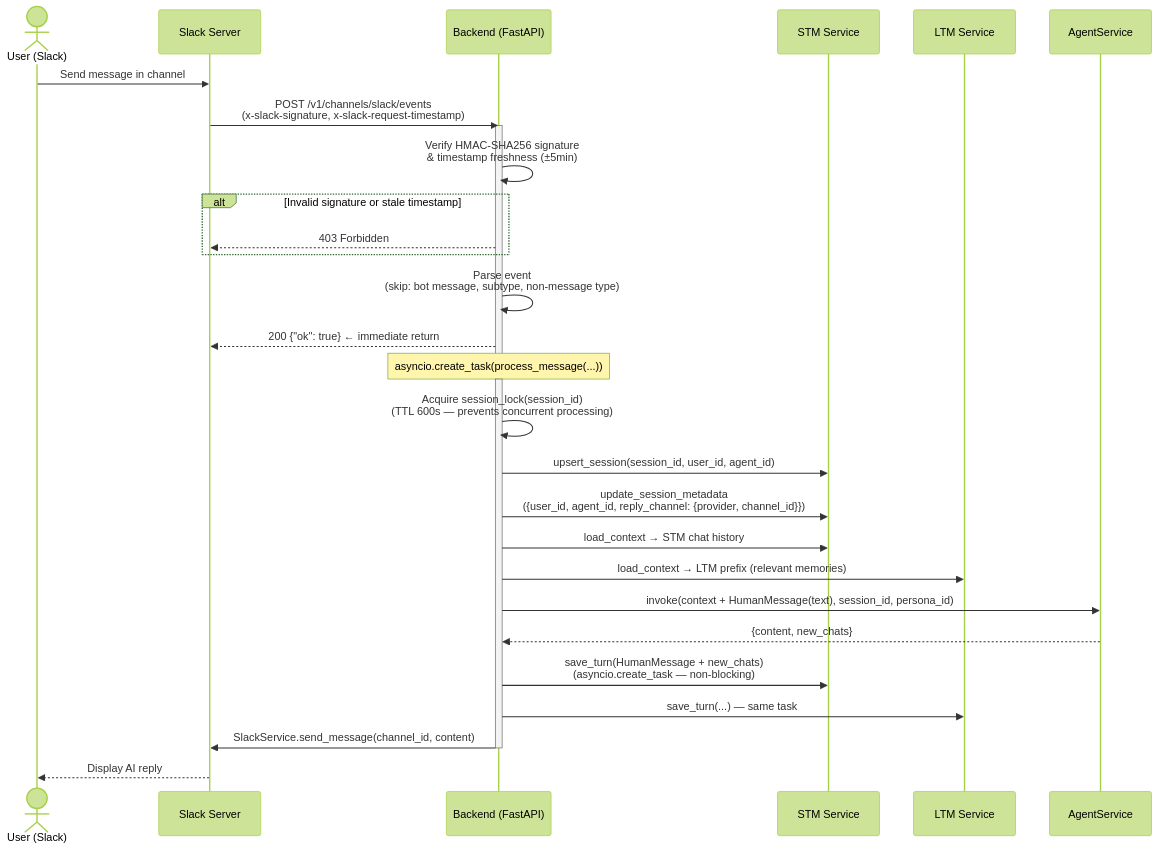
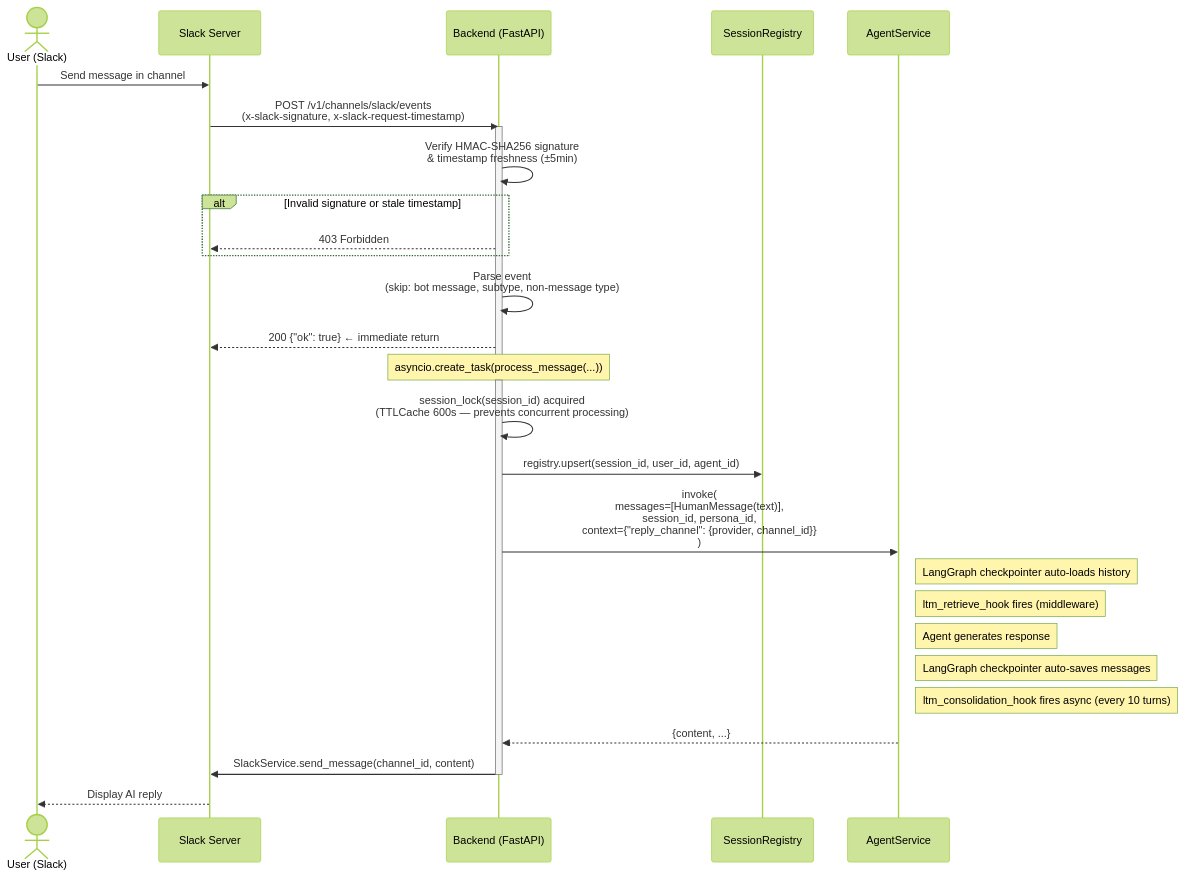
Before and after one commit to yw0nam/DesktopMatePlusdocs: the first of 3 diagrams in docs/data_flow/channel/SLACK_MESSAGE.md, drawn with Mermaid (forest theme). The commit also changed other lines of this file and 15 other files, not shown here.

First line of the commit message:
feat: Add LTM Middleware documentation and update SLACK_MESSAGE, ADD_CHAT_MESSAGE, and STARTUP_FLOW documentation

````diff
--- a/docs/data_flow/channel/SLACK_MESSAGE.md
+++ b/docs/data_flow/channel/SLACK_MESSAGE.md
@@ -18,43 +23,43 @@
 ```mermaid
 sequenceDiagram
     actor User as User (Slack)
     participant Slack as Slack Server
     participant BE as Backend (FastAPI)
-    participant STM as STM Service
-    participant LTM as LTM Service
+    participant SR as SessionRegistry
     participant Agent as AgentService
 
     User->>Slack: Send message in channel
     Slack->>BE: POST /v1/channels/slack/events<br/>(x-slack-signature, x-slack-request-timestamp)
 
     activate BE
     BE->>BE: Verify HMAC-SHA256 signature<br/>& timestamp freshness (±5min)
 
     alt Invalid signature or stale timestamp
         BE-->>Slack: 403 Forbidden
     end
 
     BE->>BE: Parse event<br/>(skip: bot message, subtype, non-message type)
     BE-->>Slack: 200 {"ok": true}  ← immediate return
 
     Note over BE: asyncio.create_task(process_message(...))
     deactivate BE
 
     activate BE
-    BE->>BE: Acquire session_lock(session_id)<br/>(TTL 600s — prevents concurrent processing)
-    BE->>STM: upsert_session(session_id, user_id, agent_id)
-    BE->>STM: update_session_metadata<br/>({user_id, agent_id, reply_channel: {provider, channel_id}})
-    BE->>STM: load_context → STM chat history
-    BE->>LTM: load_context → LTM prefix (relevant memories)
+    BE->>BE: session_lock(session_id) acquired<br/>(TTLCache 600s — prevents concurrent processing)
+    BE->>SR: registry.upsert(session_id, user_id, agent_id)
 
-    BE->>Agent: invoke(context + HumanMessage(text), session_id, persona_id)
-    Agent-->>BE: {content, new_chats}
+    BE->>Agent: invoke(<br/>  messages=[HumanMessage(text)],<br/>  session_id, persona_id,<br/>  context={"reply_channel": {provider, channel_id}}<br/>)
 
-    BE->>STM: save_turn(HumanMessage + new_chats)<br/>(asyncio.create_task — non-blocking)
-    BE->>LTM: save_turn(...) — same task
+    Note right of Agent: LangGraph checkpointer auto-loads history
+    Note right of Agent: ltm_retrieve_hook fires (middleware)
+    Note right of Agent: Agent generates response
+    Note right of Agent: LangGraph checkpointer auto-saves messages
+    Note right of Agent: ltm_consolidation_hook fires async (every 10 turns)
+
+    Agent-->>BE: {content, ...}
 
     BE->>Slack: SlackService.send_message(channel_id, content)
     deactivate BE
 
     Slack-->>User: Display AI reply
 ```
````
